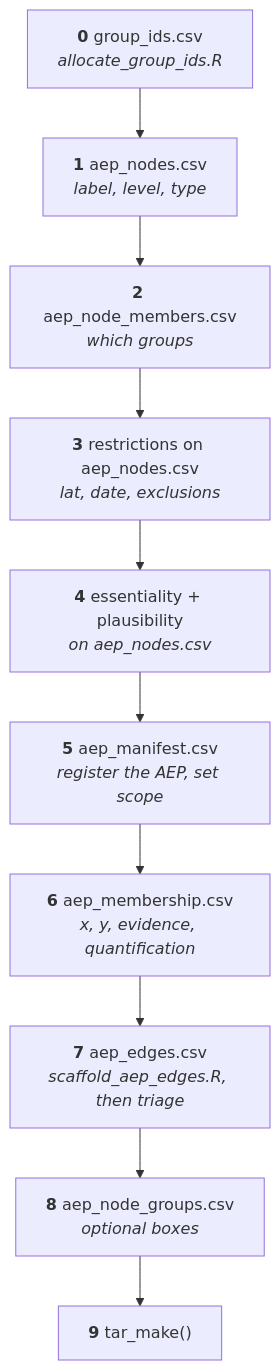
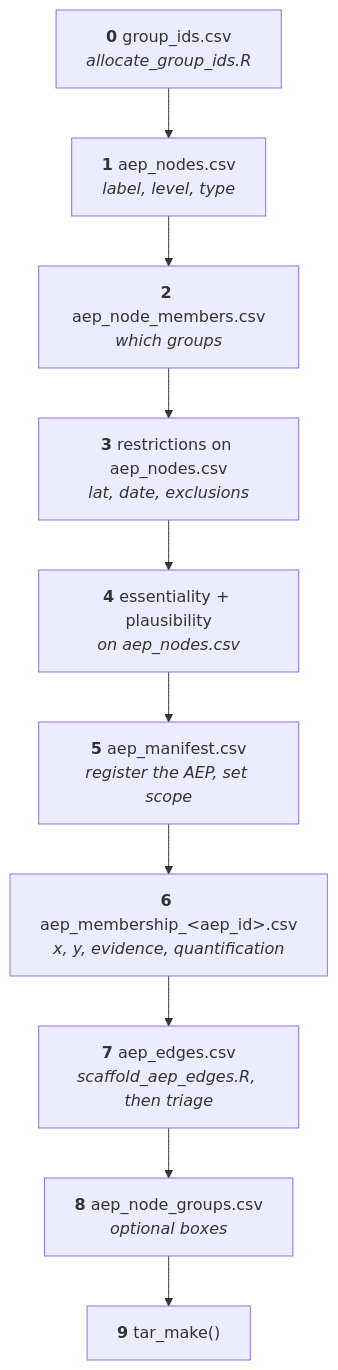
The third of 3 diagrams in docs/AP05-aep.qmd (sawelch-NIVA/EXPECT_AEP_R_Project), drawn with Mermaid before and after one commit. The commit also changed other lines of this file and 256 other files, not shown here.

Commit message:
Added edge report cards, they're pretty awful. Split AEP definitions into multiple different CSV files. Still very uncertain about what I'm doing here.

````diff
--- a/docs/AP05-aep.qmd
+++ b/docs/AP05-aep.qmd
@@ -219,15 +219,15 @@
 ```{mermaid}
 %%| label: fig-build-order
 %%| fig-cap: "The order the six files have to be filled in. Solid arrows are hard dependencies: the validator refuses if you skip one."
 flowchart TD
     G["<b>0</b> group_ids.csv<br/><i>allocate_group_ids.R</i>"] --> N
     N["<b>1</b> aep_nodes.csv<br/><i>label, level, type</i>"] --> M
     M["<b>2</b> aep_node_members.csv<br/><i>which groups</i>"] --> R
     R["<b>3</b> restrictions on aep_nodes.csv<br/><i>lat, date, exclusions</i>"] --> S
     S["<b>4</b> essentiality + plausibility<br/><i>on aep_nodes.csv</i>"] --> A
     A["<b>5</b> aep_manifest.csv<br/><i>register the AEP, set scope</i>"] --> P
-    P["<b>6</b> aep_membership.csv<br/><i>x, y, evidence, quantification</i>"] --> E
+    P["<b>6</b> aep_membership_&lt;aep_id&gt;.csv<br/><i>x, y, evidence, quantification</i>"] --> E
     E["<b>7</b> aep_edges.csv<br/><i>scaffold_aep_edges.R, then triage</i>"] --> B
     B["<b>8</b> aep_node_groups.csv<br/><i>optional boxes</i>"] --> T
     T["<b>9</b> tar_make()"]
 ```
````
